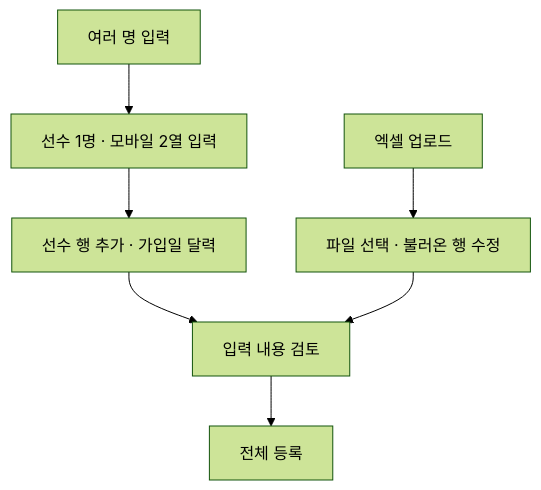
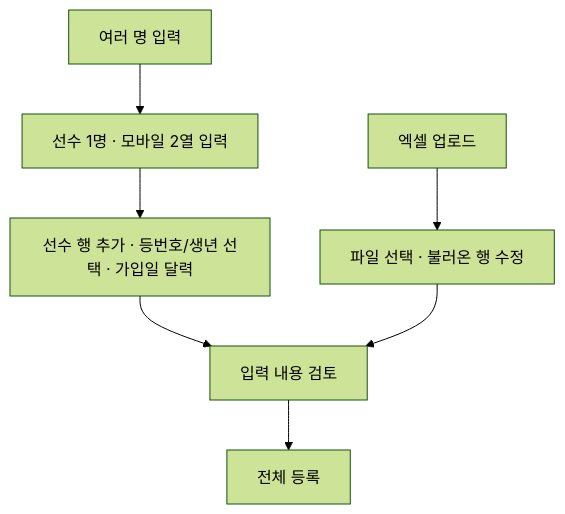
The diagram in docs/diagrams/bulk-input-mobile.mmd (ksmlucky/jochook-on), drawn with Mermaid (forest theme) before and after one commit. The commit also changed 14 other files, not shown here.

Commit message:
Compact roster table and use dropdowns for bulk player input

```diff
--- a/docs/diagrams/bulk-input-mobile.mmd
+++ b/docs/diagrams/bulk-input-mobile.mmd
@@ -1,8 +1,8 @@
-%% Deployed web db2391d, 2026-10-17. No personal information.
+%% Compact roster release pending, 2026-10-17. No personal information.
 flowchart TD
   A[여러 명 입력] --> B[선수 1명 · 모바일 2열 입력]
-  B --> C[선수 행 추가 · 가입일 달력]
+  B --> C[선수 행 추가 · 등번호/생년 선택 · 가입일 달력]
   C --> D[입력 내용 검토]
   E[엑셀 업로드] --> F[파일 선택 · 불러온 행 수정]
   F --> D
   D --> G[전체 등록]
```
